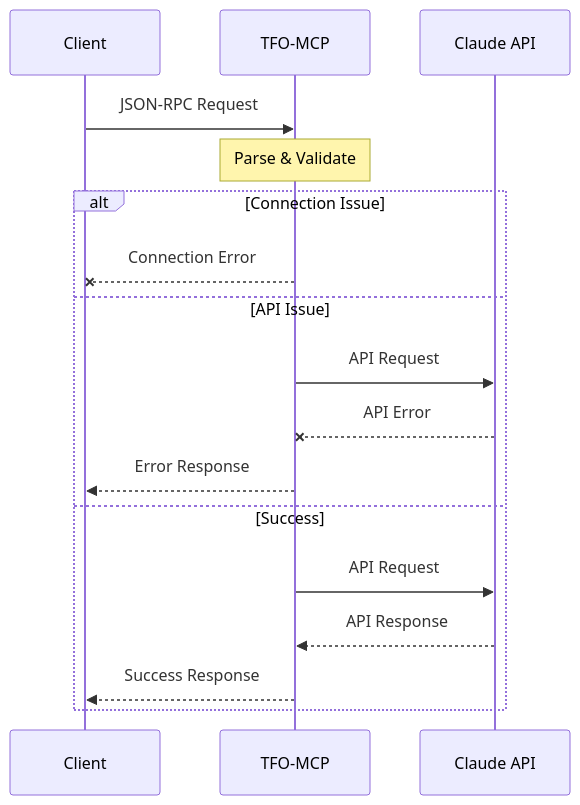
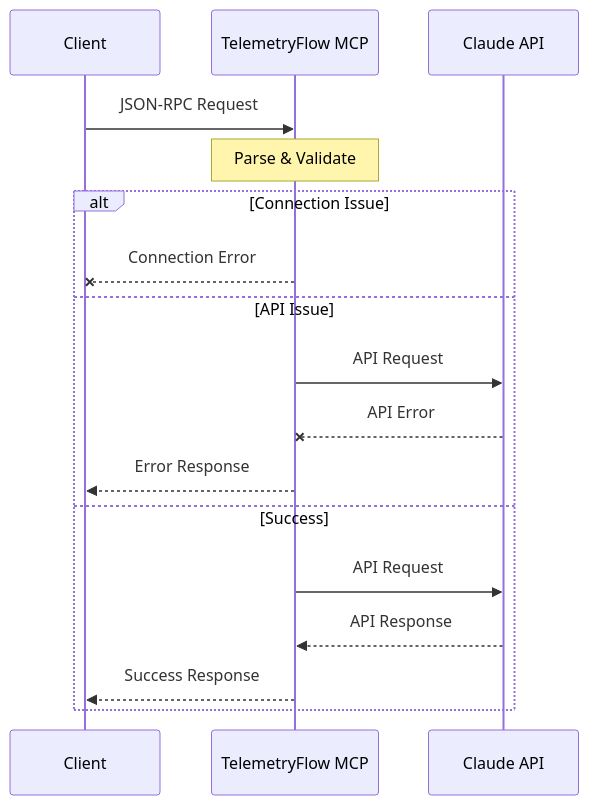
Before and after one commit to telemetryflow/telemetryflow-go-mcp: the fourth of 11 diagrams in docs/TROUBLESHOOTING.md, drawn with Mermaid. The commit also changed other lines of this file and 65 other files, not shown here.

````diff
--- a/docs/TROUBLESHOOTING.md
+++ b/docs/TROUBLESHOOTING.md
@@ -162,21 +162,21 @@
 ```mermaid
 sequenceDiagram
     participant Client
-    participant TFO as TFO-MCP
+    participant TFO as TelemetryFlow MCP
     participant Claude as Claude API
 
     Client->>TFO: JSON-RPC Request
     Note over TFO: Parse & Validate
 
     alt Connection Issue
         TFO--xClient: Connection Error
     else API Issue
         TFO->>Claude: API Request
         Claude--xTFO: API Error
         TFO-->>Client: Error Response
     else Success
         TFO->>Claude: API Request
         Claude-->>TFO: API Response
         TFO-->>Client: Success Response
     end
 ```
````
